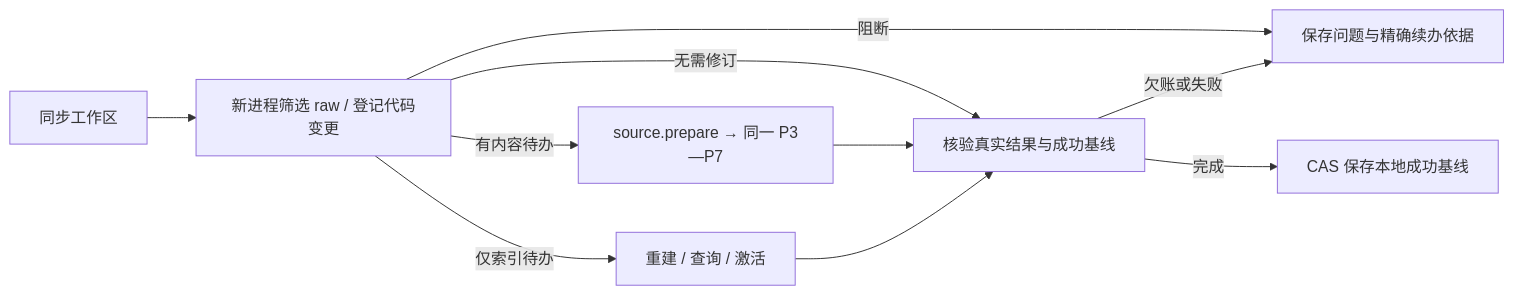
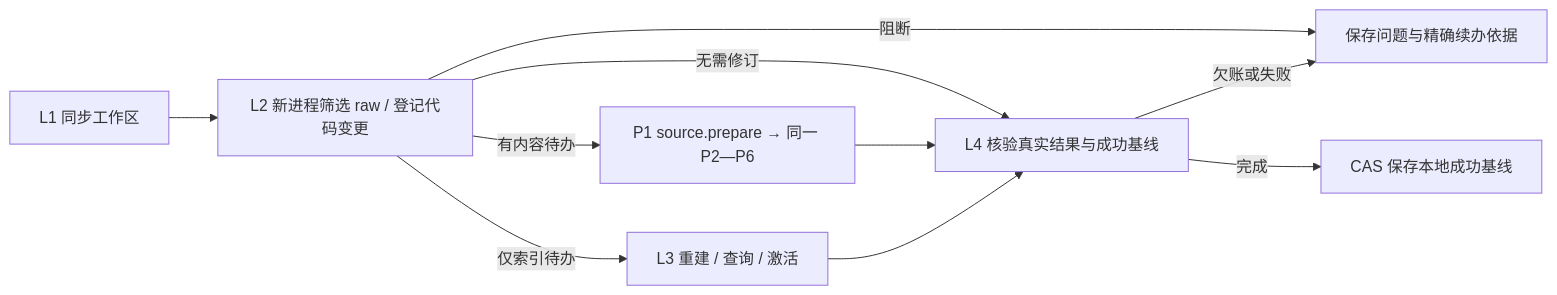
Before and after one commit to Robin-hhc/FactumCore: the eighth of 10 diagrams in himate/himate-knowledge-wifi-mp/docs-llm-wiki/HiMate知识库架构设计.md, drawn with Mermaid. The commit also changed other lines of this file and 190 other files, not shown here.

````diff
--- a/himate/himate-knowledge-wifi-mp/docs-llm-wiki/HiMate知识库架构设计.md
+++ b/himate/himate-knowledge-wifi-mp/docs-llm-wiki/HiMate知识库架构设计.md
@@ -532,12 +546,12 @@
 ```mermaid
 flowchart LR
-    S[同步工作区] --> P[新进程筛选 raw / 登记代码变更]
-    P -->|有内容待办| I[source.prepare → 同一 P3—P7]
-    P -->|仅索引待办| X[重建 / 查询 / 激活]
-    P -->|无需修订| C[核验真实结果与成功基线]
+    S[L1 同步工作区] --> P[L2 新进程筛选 raw / 登记代码变更]
+    P -->|有内容待办| I[P1 source.prepare → 同一 P2—P6]
+    P -->|仅索引待办| X[L3 重建 / 查询 / 激活]
+    P -->|无需修订| C[L4 核验真实结果与成功基线]
     I --> C
     X --> C
     P -->|阻断| R[保存问题与精确续办依据]
     C -->|欠账或失败| R
     C -->|完成| E[CAS 保存本地成功基线]
 ```
````
